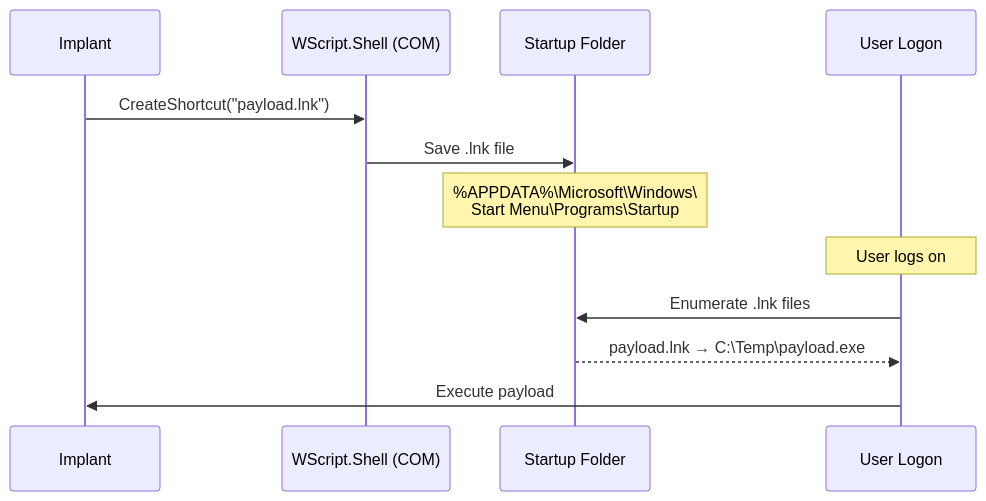
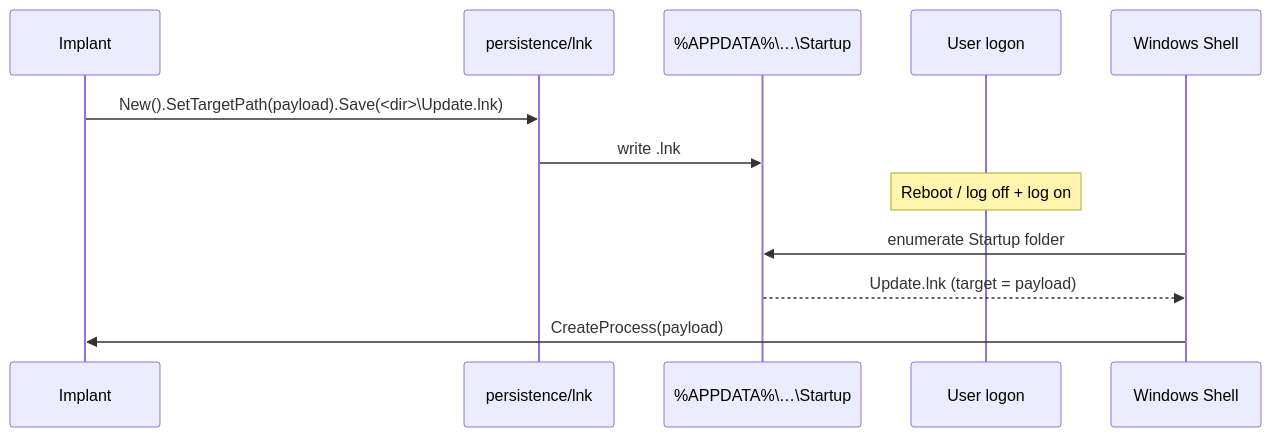
One commit to oioio-space/maldev changed the diagram in docs/techniques/persistence/startup-folder.md. Above: the diagram before and after it, drawn with Mermaid. The commit also changed other lines of this file and 7 other files, not shown here.

````diff
--- a/docs/techniques/persistence/startup-folder.md
+++ b/docs/techniques/persistence/startup-folder.md
@@ -20,16 +37,15 @@
 ```mermaid
 sequenceDiagram
-    participant Implant
-    participant COM as WScript.Shell (COM)
-    participant Folder as Startup Folder
-    participant Logon as User Logon
+    participant Impl as Implant
+    participant Lnk as persistence/lnk
+    participant FS as %APPDATA%\…\Startup
+    participant Logon as User logon
+    participant Shell as Windows Shell
 
-    Implant->>COM: CreateShortcut("payload.lnk")
-    COM->>Folder: Save .lnk file
-    Note over Folder: %APPDATA%\Microsoft\Windows\<br/>Start Menu\Programs\Startup
-
-    Note over Logon: User logs on
-    Logon->>Folder: Enumerate .lnk files
-    Folder-->>Logon: payload.lnk → C:\Temp\payload.exe
-    Logon->>Implant: Execute payload
+    Impl->>Lnk: New().SetTargetPath(payload).Save(<dir>\Update.lnk)
+    Lnk->>FS: write .lnk
+    Note over Logon: Reboot / log off + log on
+    Shell->>FS: enumerate Startup folder
+    FS-->>Shell: Update.lnk (target = payload)
+    Shell->>Impl: CreateProcess(payload)
 ```
````
